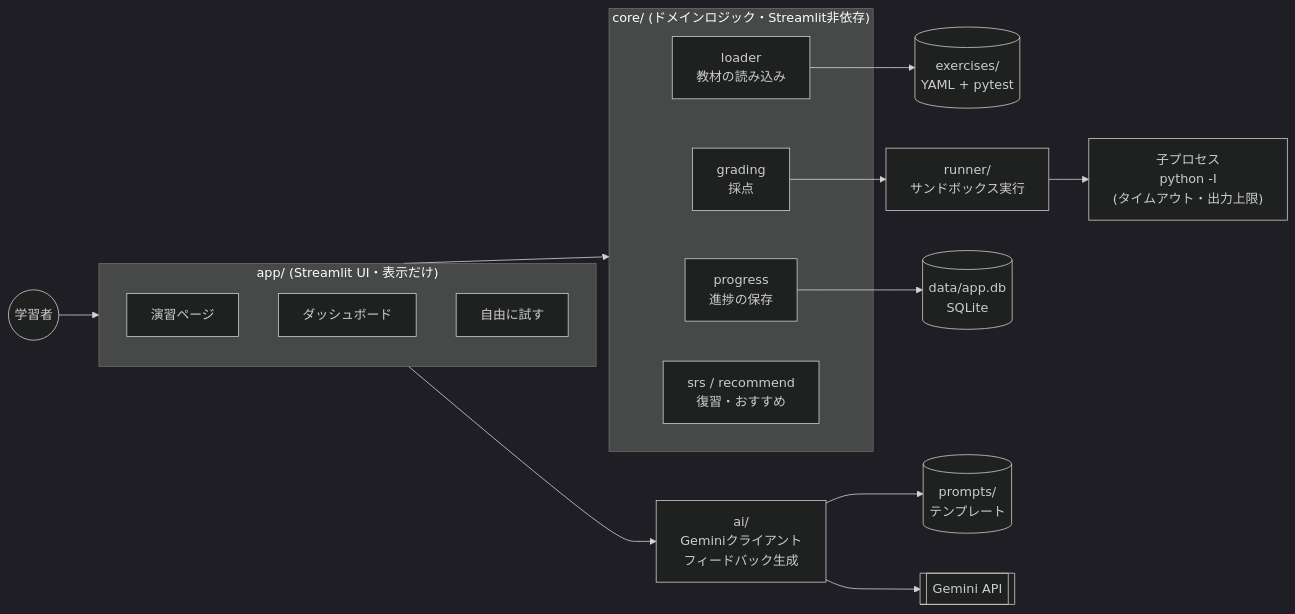
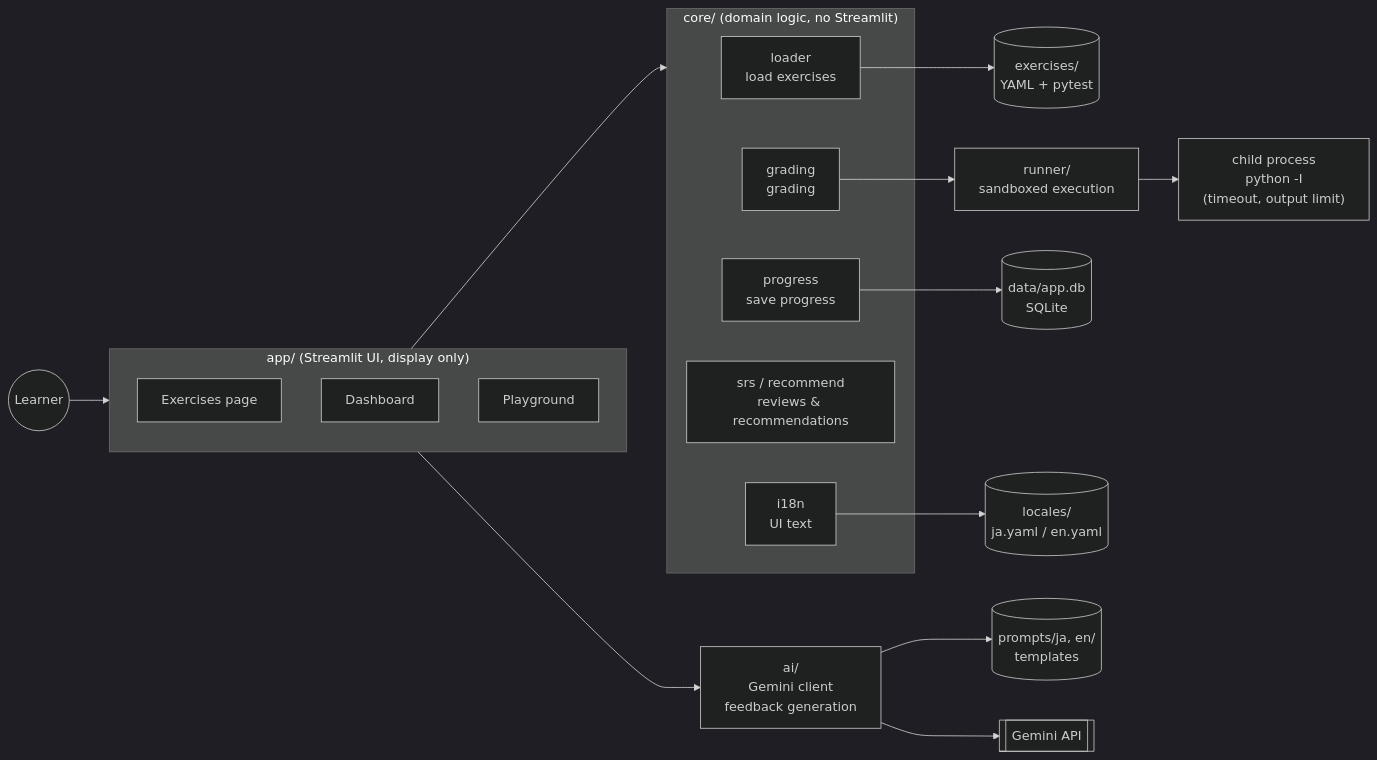
One commit to shim369/Python-Study-App changed the diagram in README.md. Above: the diagram before and after it, drawn with Mermaid (dark theme). The commit also changed other lines of this file and 4 other files, not shown here.

````diff
--- a/README.md
+++ b/README.md
@@ -82,26 +89,28 @@
 ```mermaid
 flowchart LR
-    User((学習者)) --> UI
+    User((Learner)) --> UI
 
-    subgraph UI["app/ (Streamlit UI・表示だけ)"]
-        Exercise[演習ページ]
-        Dashboard[ダッシュボード]
-        Playground[自由に試す]
+    subgraph UI["app/ (Streamlit UI, display only)"]
+        Exercise[Exercises page]
+        Dashboard[Dashboard]
+        Playground[Playground]
     end
 
-    subgraph Core["core/ (ドメインロジック・Streamlit非依存)"]
-        Loader[loader<br>教材の読み込み]
-        Grading[grading<br>採点]
-        Progress[progress<br>進捗の保存]
-        SRS[srs / recommend<br>復習・おすすめ]
+    subgraph Core["core/ (domain logic, no Streamlit)"]
+        Loader[loader<br>load exercises]
+        Grading[grading<br>grading]
+        Progress[progress<br>save progress]
+        SRS[srs / recommend<br>reviews & recommendations]
+        I18n[i18n<br>UI text]
     end
 
     UI --> Core
-    UI --> AI["ai/<br>Geminiクライアント<br>フィードバック生成"]
+    UI --> AI["ai/<br>Gemini client<br>feedback generation"]
     Loader --> Exercises[("exercises/<br>YAML + pytest")]
-    Grading --> Runner["runner/<br>サンドボックス実行"]
-    Runner --> Child["子プロセス<br>python -I<br>(タイムアウト・出力上限)"]
+    Grading --> Runner["runner/<br>sandboxed execution"]
+    Runner --> Child["child process<br>python -I<br>(timeout, output limit)"]
     Progress --> DB[("data/app.db<br>SQLite")]
-    AI --> Prompts[("prompts/<br>テンプレート")]
+    I18n --> Locales[("locales/<br>ja.yaml / en.yaml")]
+    AI --> Prompts[("prompts/ja, en/<br>templates")]
     AI --> Gemini[[Gemini API]]
 ```
````
